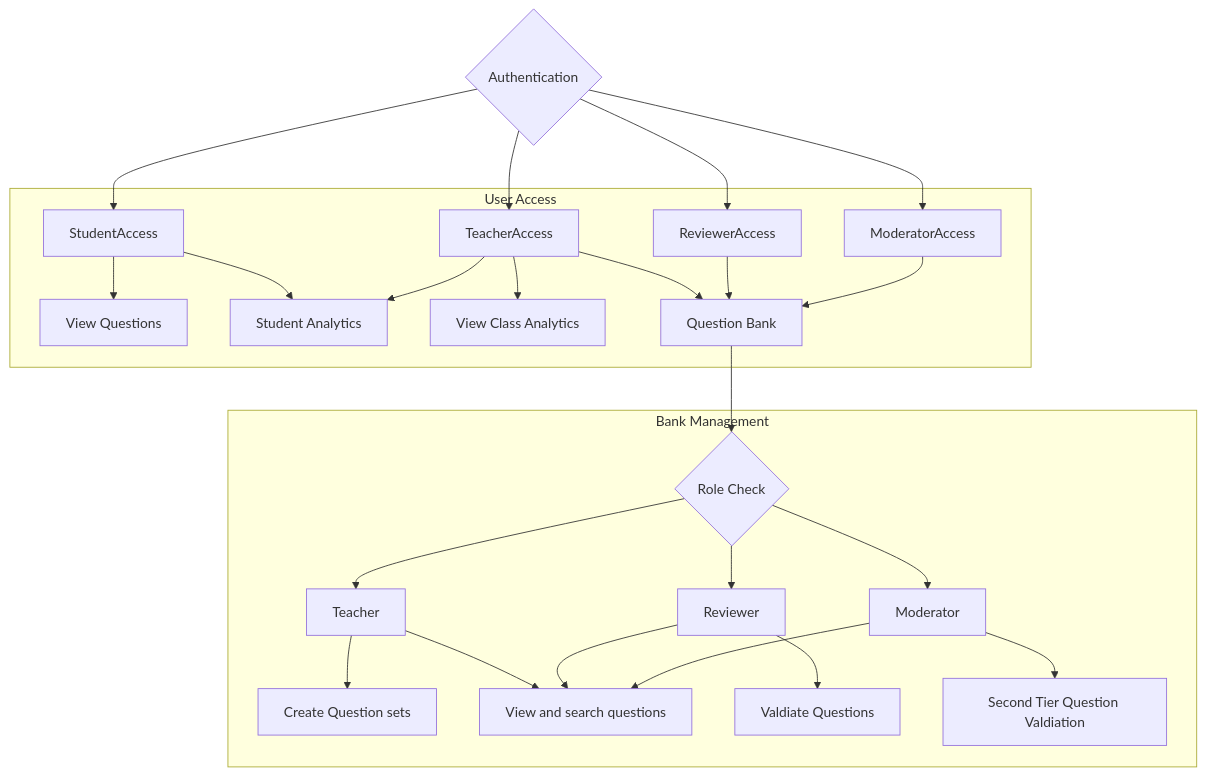
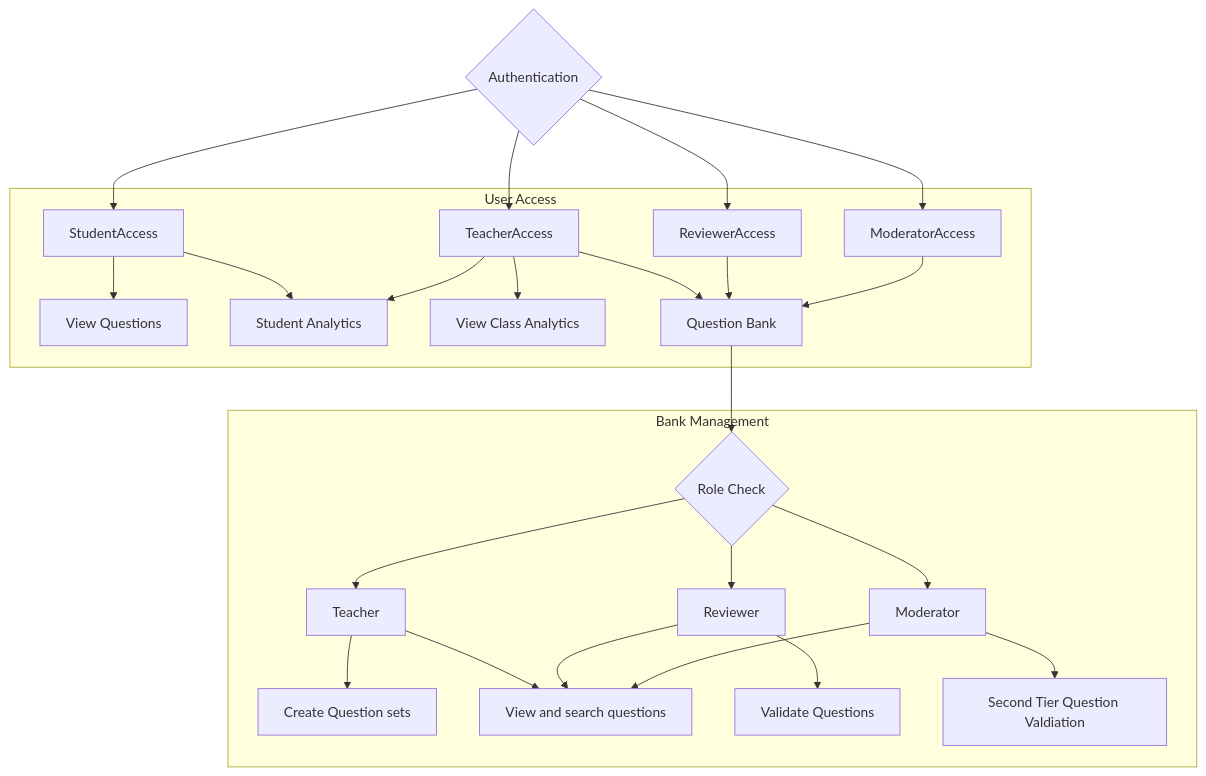
One commit to VladC12/aiva-learning-platform changed the third of 5 diagrams in docs/architecture-overview.md. Above: the diagram before and after it, drawn with Mermaid. The commit also changed other lines of this file, not shown here.

Commit message:
fix: update architecture overview for clarity and detail

````diff
--- a/docs/architecture-overview.md
+++ b/docs/architecture-overview.md
@@ -93,39 +93,39 @@
 ```mermaid
 graph TD
 
     Auth{Authentication} --> StudentAccess
     Auth{Authentication} --> TeacherAccess
     Auth{Authentication} --> ModeratorAccess
     Auth{Authentication} --> ReviewerAccess
 
     subgraph "User Access"
         StudentAccess --> ViewQuestions[View Questions]
         StudentAccess --> TrackProgress[Track Progress]
         
         TeacherAccess --> ViewClass[View Class Analytics]
         TeacherAccess --> ViewBank[Question Bank]
         TeacherAccess --> TrackProgress[Student Analytics]
         
         ReviewerAccess --> ViewBank[Question Bank]
         
         ModeratorAccess --> ViewBank[Question Bank]
     end
     
     
     subgraph "Bank Management" 
         ViewBank --> RoleCheck{Role Check}
 
         RoleCheck --> TeacherMgmt[Teacher]
         RoleCheck --> ReviewerMgmt[Reviewer]
         RoleCheck --> ModMgmt[Moderator]
 
         TeacherMgmt --> Sets[Create Question sets]
         TeacherMgmt --> Read[View and search questions]
         
         ReviewerMgmt --> Read[View and search questions]
-        ReviewerMgmt --> Review[Valdiate Questions]
+        ReviewerMgmt --> Review[Validate Questions]
 
         ModMgmt --> Read[View and search questions]
         ModMgmt --> Review2[Second Tier Question Valdiation]
     end
 ```
````
